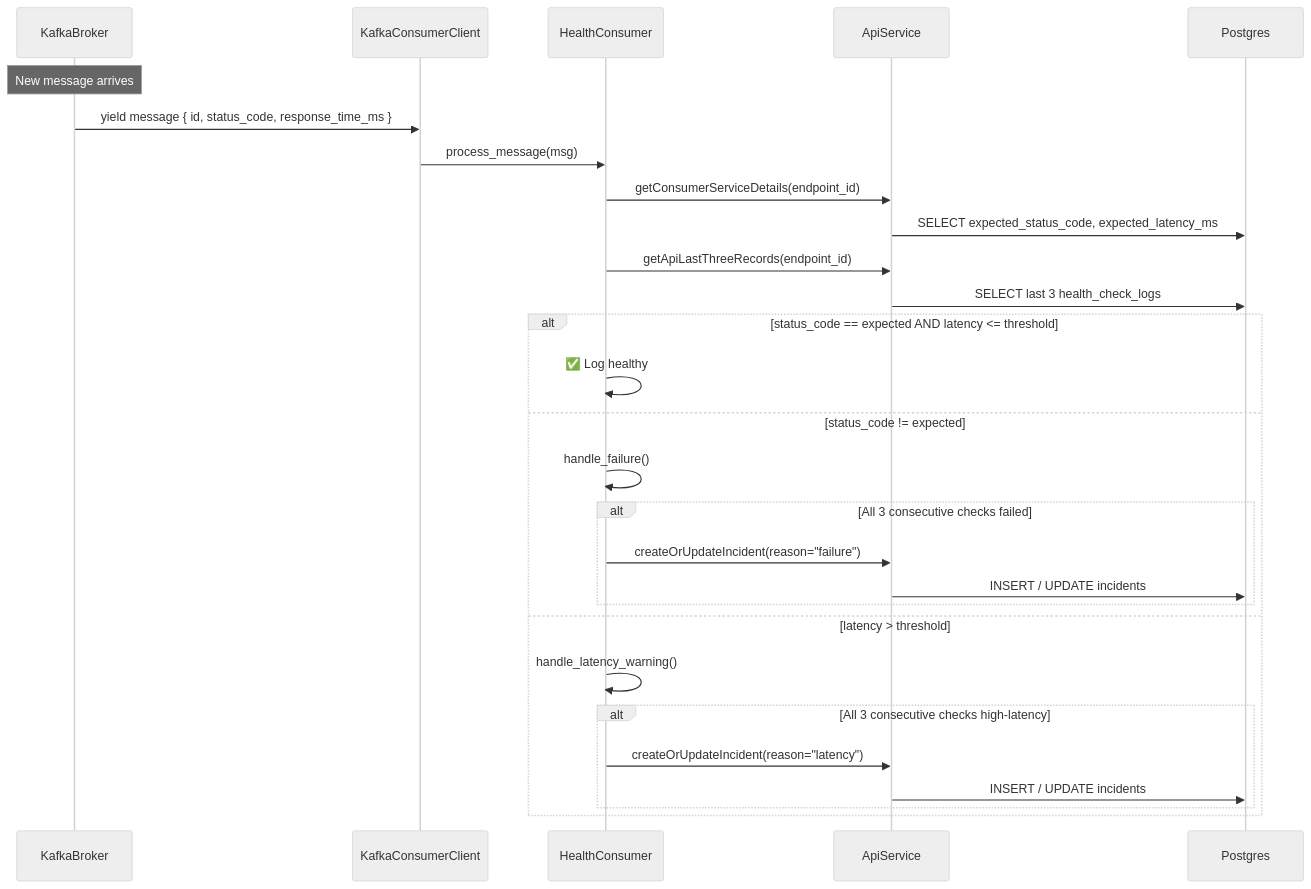
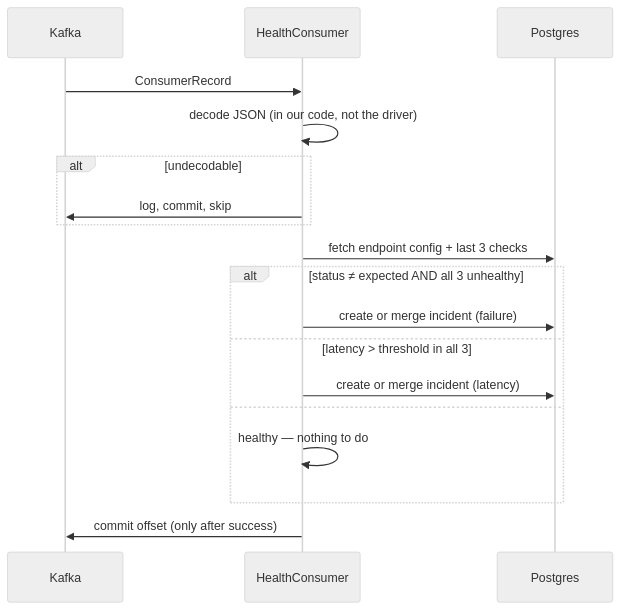
One commit to AryanHayaran/InternalApiMonitoringSystem changed the fifth of 7 diagrams in docs/architecture.md. Above: the diagram before and after it, drawn with Mermaid (neutral theme). The commit also changed other lines of this file and 6 other files, not shown here.

````diff
--- a/docs/architecture.md
+++ b/docs/architecture.md
@@ -329,33 +347,21 @@
 ```mermaid
 sequenceDiagram
-    participant KafkaBroker
-    participant KafkaConsumerClient
-    participant HealthConsumer
-    participant ApiService
-    participant Postgres
+    participant K as Kafka
+    participant C as HealthConsumer
+    participant PG as Postgres
 
-    Note over KafkaBroker: New message arrives
-    KafkaBroker->>KafkaConsumerClient: yield message { id, status_code, response_time_ms }
-    KafkaConsumerClient->>HealthConsumer: process_message(msg)
-
-    HealthConsumer->>ApiService: getConsumerServiceDetails(endpoint_id)
-    ApiService->>Postgres: SELECT expected_status_code, expected_latency_ms
-    HealthConsumer->>ApiService: getApiLastThreeRecords(endpoint_id)
-    ApiService->>Postgres: SELECT last 3 health_check_logs
-
-    alt status_code == expected AND latency <= threshold
-        HealthConsumer->>HealthConsumer: ✅ Log healthy
-    else status_code != expected
-        HealthConsumer->>HealthConsumer: handle_failure()
-        alt All 3 consecutive checks failed
-            HealthConsumer->>ApiService: createOrUpdateIncident(reason="failure")
-            ApiService->>Postgres: INSERT / UPDATE incidents
-        end
-    else latency > threshold
-        HealthConsumer->>HealthConsumer: handle_latency_warning()
-        alt All 3 consecutive checks high-latency
-            HealthConsumer->>ApiService: createOrUpdateIncident(reason="latency")
-            ApiService->>Postgres: INSERT / UPDATE incidents
-        end
+    K->>C: ConsumerRecord
+    C->>C: decode JSON (in our code, not the driver)
+    alt undecodable
+        C->>K: log, commit, skip
     end
+    C->>PG: fetch endpoint config + last 3 checks
+    alt status ≠ expected AND all 3 unhealthy
+        C->>PG: create or merge incident (failure)
+    else latency > threshold in all 3
+        C->>PG: create or merge incident (latency)
+    else
+        C->>C: healthy — nothing to do
+    end
+    C->>K: commit offset (only after success)
 ```
````
